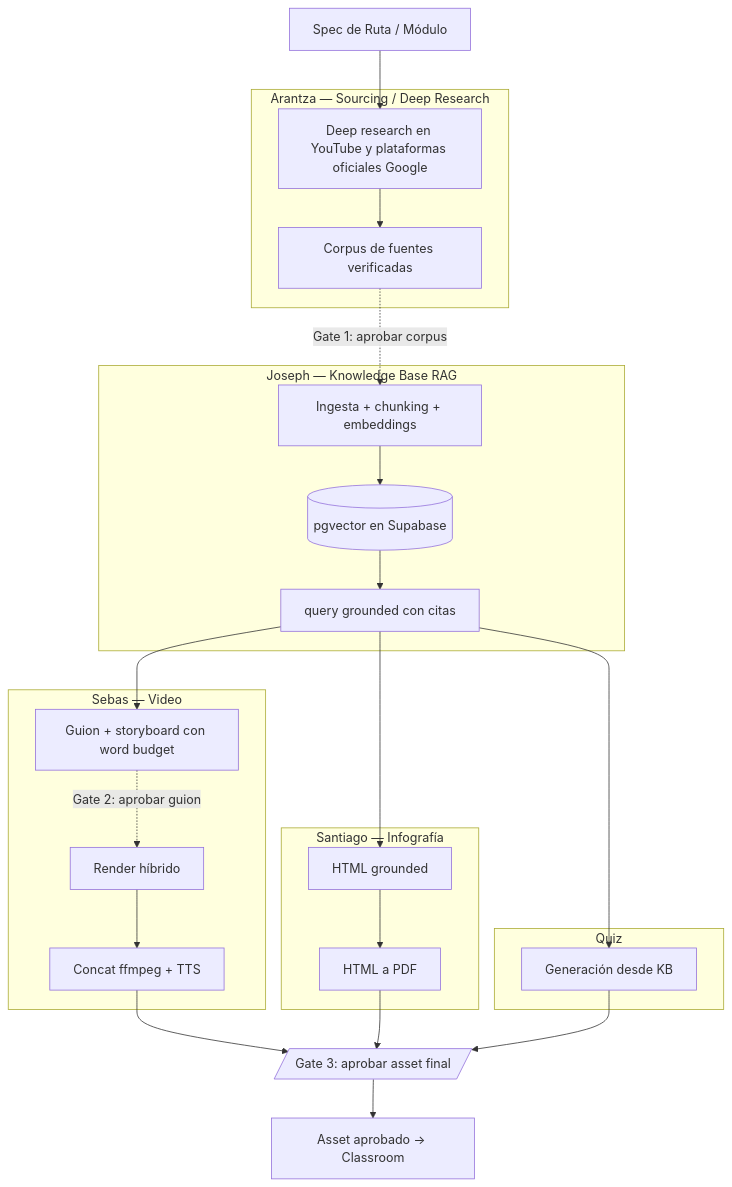
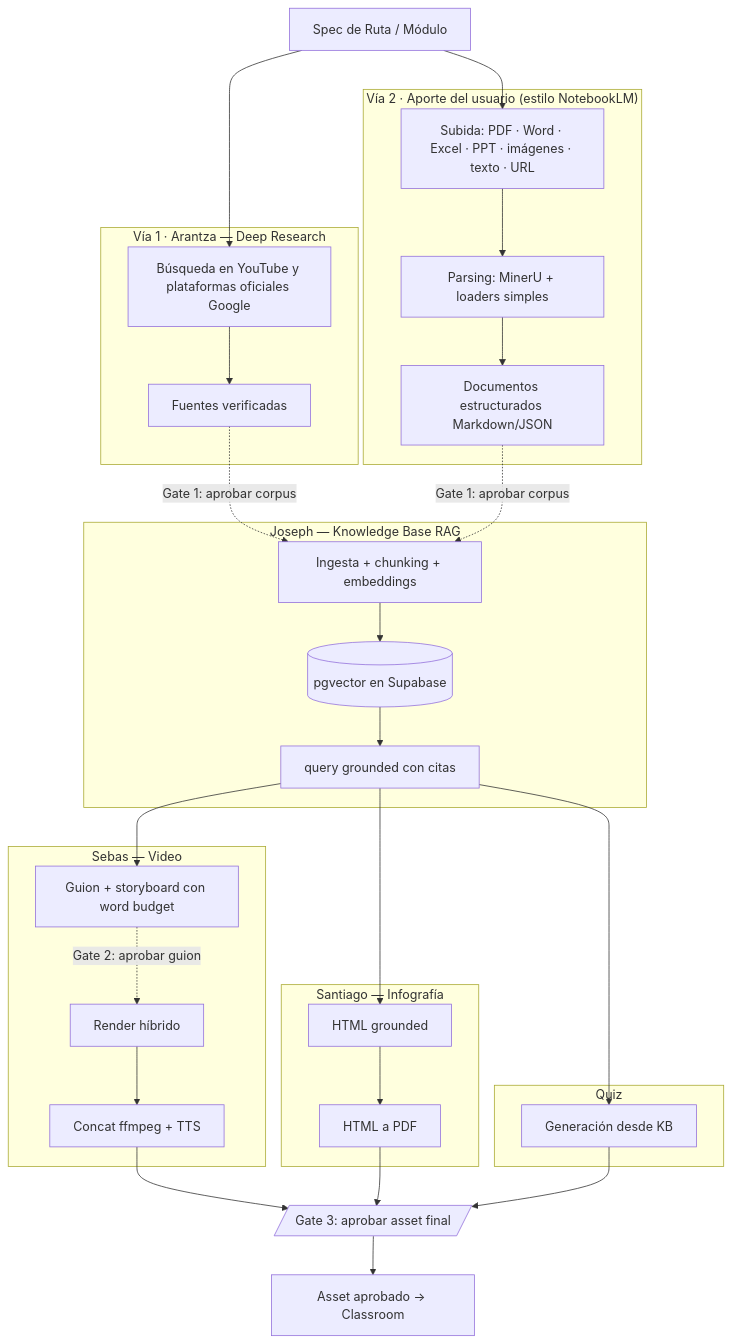
The second of 5 diagrams in Documents/xertica-education-arquitectura.md (JosephRobles23/Xertica-Education), drawn with Mermaid before and after one commit. The commit also changed other lines of this file, not shown here.

Commit message:
feat: update architecture

````diff
--- a/Documents/xertica-education-arquitectura.md
+++ b/Documents/xertica-education-arquitectura.md
@@ -107,37 +107,44 @@
 ```mermaid
 flowchart TD
     A[Spec de Ruta / Módulo] --> B
+    A --> U
 
-    subgraph Arantza["Arantza — Sourcing / Deep Research"]
-        B[Deep research en YouTube y plataformas oficiales Google] --> C[Corpus de fuentes verificadas]
+    subgraph Arantza["Vía 1 · Arantza — Deep Research"]
+        B[Búsqueda en YouTube y plataformas oficiales Google] --> C[Fuentes verificadas]
+    end
+
+    subgraph Upload["Vía 2 · Aporte del usuario (estilo NotebookLM)"]
+        U[Subida: PDF · Word · Excel · PPT · imágenes · texto · URL] --> P[Parsing: MinerU + loaders simples]
+        P --> C2[Documentos estructurados Markdown/JSON]
     end
 
     C -.->|Gate 1: aprobar corpus| D
+    C2 -.->|Gate 1: aprobar corpus| D
 
     subgraph Joseph["Joseph — Knowledge Base RAG"]
         D[Ingesta + chunking + embeddings] --> E[(pgvector en Supabase)]
         E --> F[query grounded con citas]
     end
 
     F --> G
     F --> H
     F --> I
 
     subgraph Sebas["Sebas — Video"]
         G[Guion + storyboard con word budget] -.->|Gate 2: aprobar guion| G2[Render híbrido]
         G2 --> G3[Concat ffmpeg + TTS]
     end
 
     subgraph Santiago["Santiago — Infografía"]
         H[HTML grounded] --> H2[HTML a PDF]
     end
 
     subgraph Quiz["Quiz"]
         I[Generación desde KB]
     end
 
     G3 --> Z
     H2 --> Z
     I --> Z
     Z[/Gate 3: aprobar asset final/] --> ZZ[Asset aprobado -> Classroom]
 ```
````
